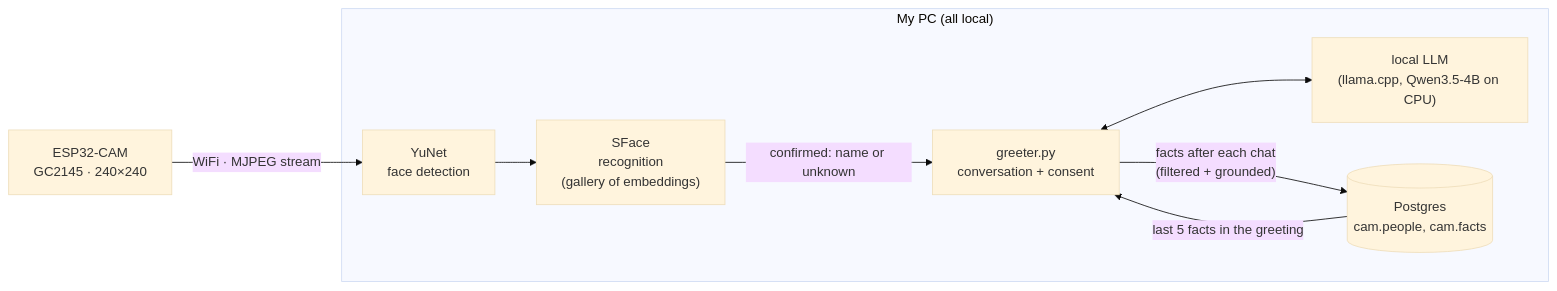
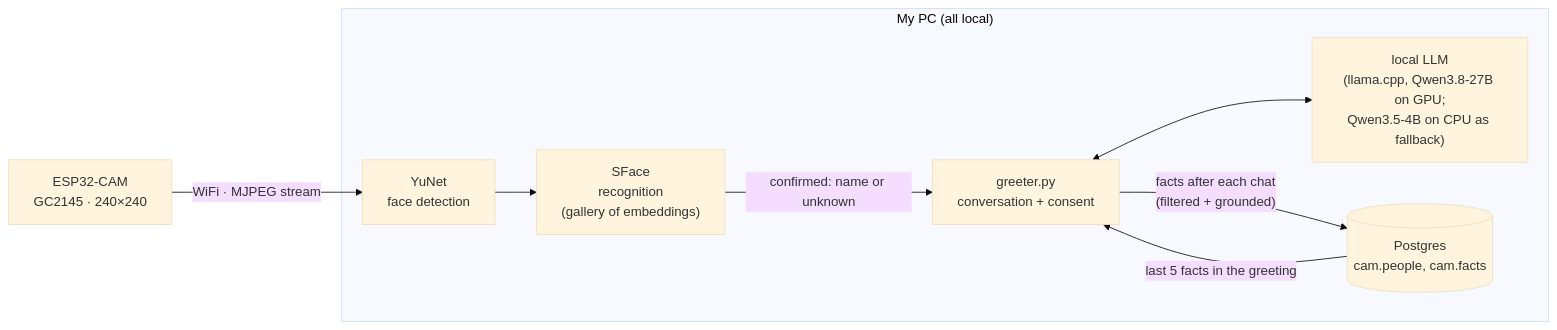
The diagram in README.md (jkzero87/esp32cam), drawn with Mermaid (base theme) before and after one commit. The commit also changed other lines of this file and 4 other files, not shown here.

````diff
--- a/README.md
+++ b/README.md
@@ -25,11 +26,11 @@
 ```mermaid
 flowchart LR
     CAM["ESP32-CAM<br/>GC2145 · 240×240"] -- "WiFi · MJPEG stream" --> DET
     subgraph PC["My PC (all local)"]
         DET["YuNet<br/>face detection"] --> REC["SFace<br/>recognition<br/>(gallery of embeddings)"]
         REC -- "confirmed: name or unknown" --> GRE["greeter.py<br/>conversation + consent"]
-        GRE <--> LLM["local LLM<br/>(llama.cpp, Qwen3.5-4B on CPU)"]
+        GRE <--> LLM["local LLM<br/>(llama.cpp, Qwen3.8-27B on GPU;<br/>Qwen3.5-4B on CPU as fallback)"]
         GRE -- "facts after each chat<br/>(filtered + grounded)" --> DB[("Postgres<br/>cam.people, cam.facts")]
         DB -- "last 5 facts in the greeting" --> GRE
     end
 ```
````
